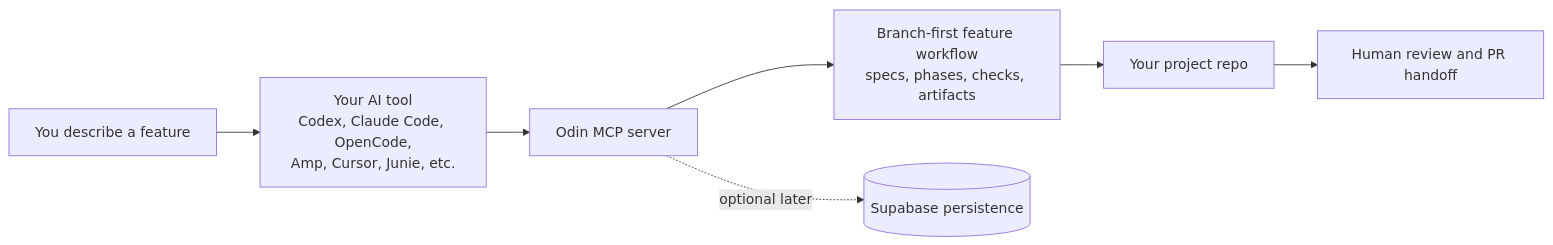
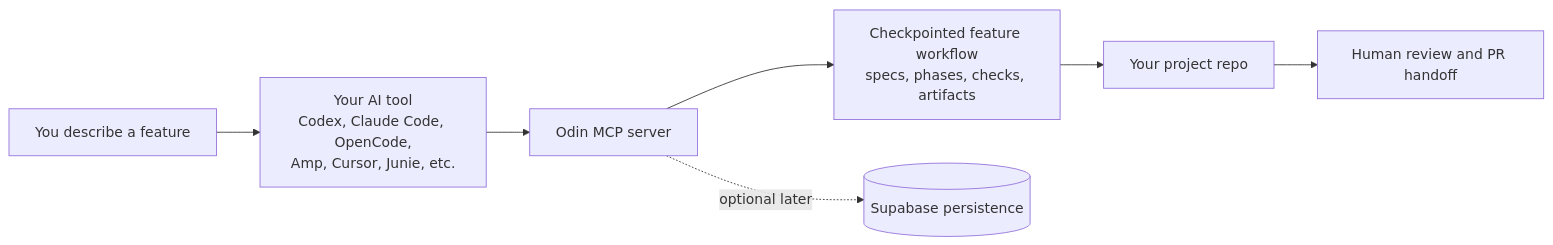
The diagram in README.md (Plazmodium/odin-workflow), drawn with Mermaid before and after one commit. The commit also changed other lines of this file, not shown here.

````diff
--- a/README.md
+++ b/README.md
@@ -45,9 +75,9 @@
 ```mermaid
 flowchart LR
     U[You describe a feature] --> T[Your AI tool<br/>Codex, Claude Code, OpenCode,<br/>Amp, Cursor, Junie, etc.]
     T --> O[Odin MCP server]
-    O --> W[Branch-first feature workflow<br/>specs, phases, checks, artifacts]
+    O --> W[Checkpointed feature workflow<br/>specs, phases, checks, artifacts]
     W --> R[Your project repo]
     O -. optional later .-> S[(Supabase persistence)]
     R --> H[Human review and PR handoff]
 ```
````
